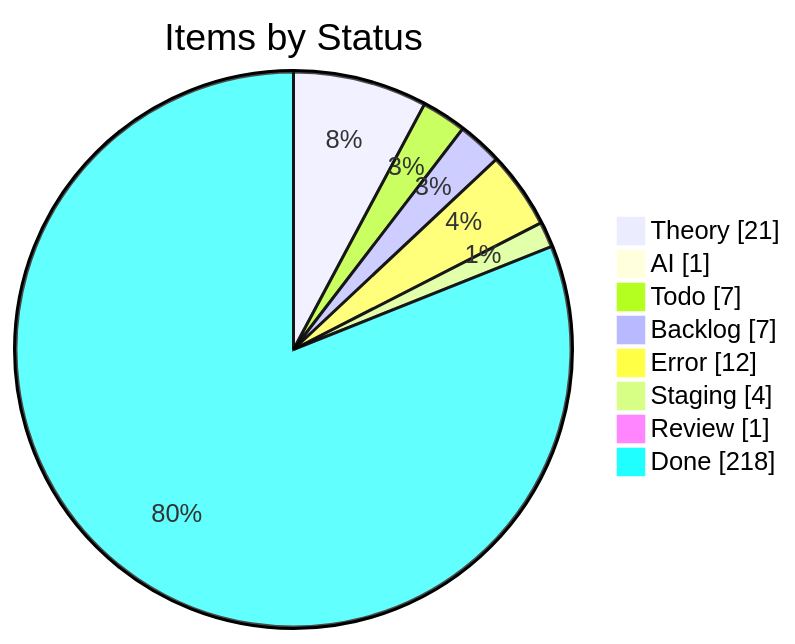
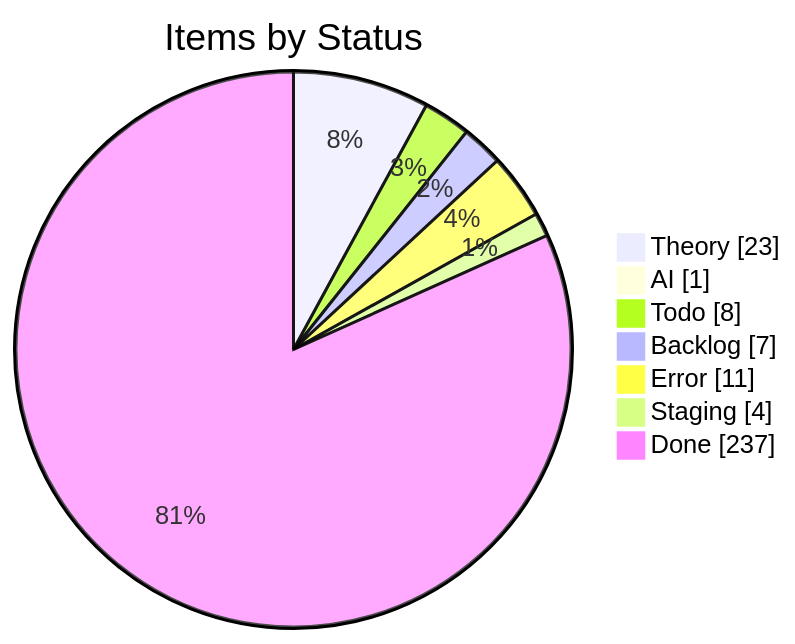
The first of 4 diagrams in apps/kbve/astro-kbve/src/content/docs/dashboard/kanban-data.mdx (KBVE/kbve), drawn with Mermaid before and after one commit. The commit also changed other lines of this file and 8 other files, not shown here.

````diff
--- a/apps/kbve/astro-kbve/src/content/docs/dashboard/kanban-data.mdx
+++ b/apps/kbve/astro-kbve/src/content/docs/dashboard/kanban-data.mdx
@@ -55,12 +55,11 @@
 ```mermaid
 pie showData
     title Items by Status
-    "Theory" : 21
+    "Theory" : 23
     "AI" : 1
-    "Todo" : 7
+    "Todo" : 8
     "Backlog" : 7
-    "Error" : 12
+    "Error" : 11
     "Staging" : 4
-    "Review" : 1
-    "Done" : 218
+    "Done" : 237
 ```
````
